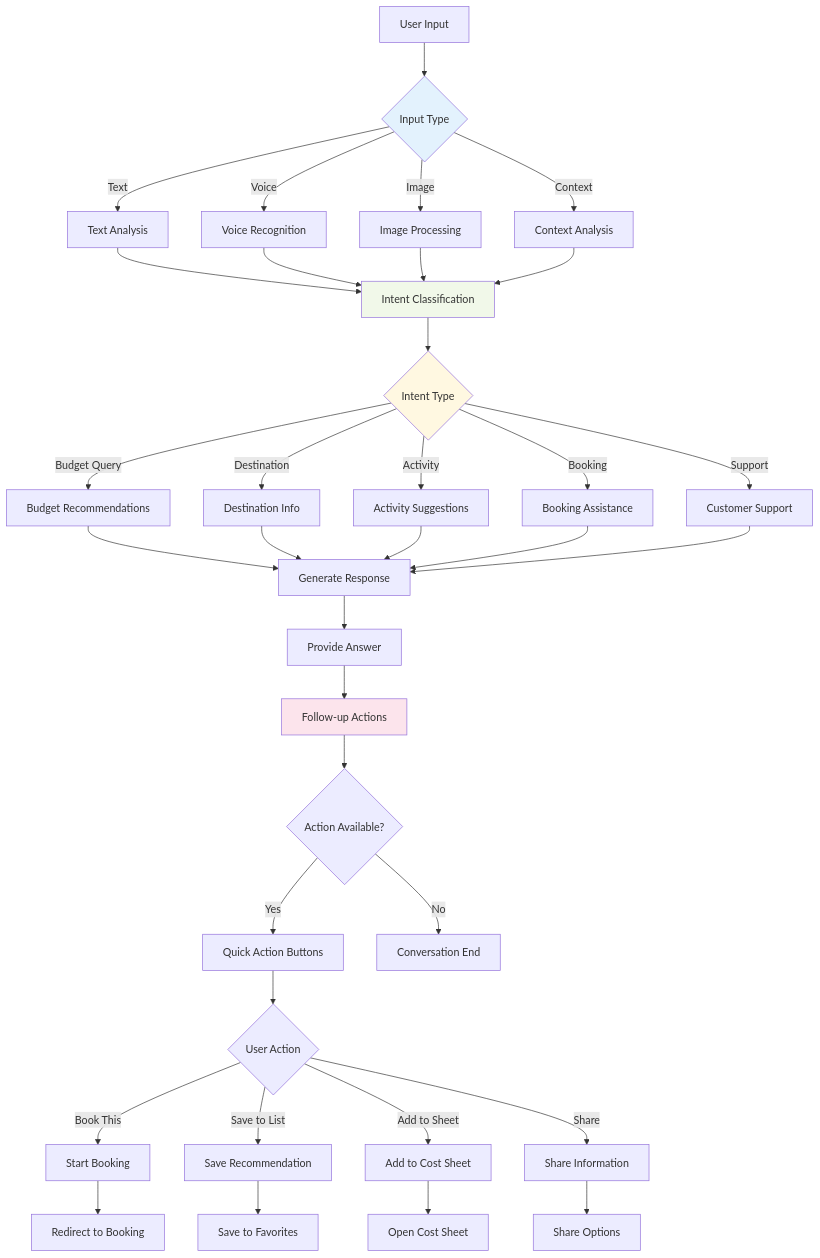
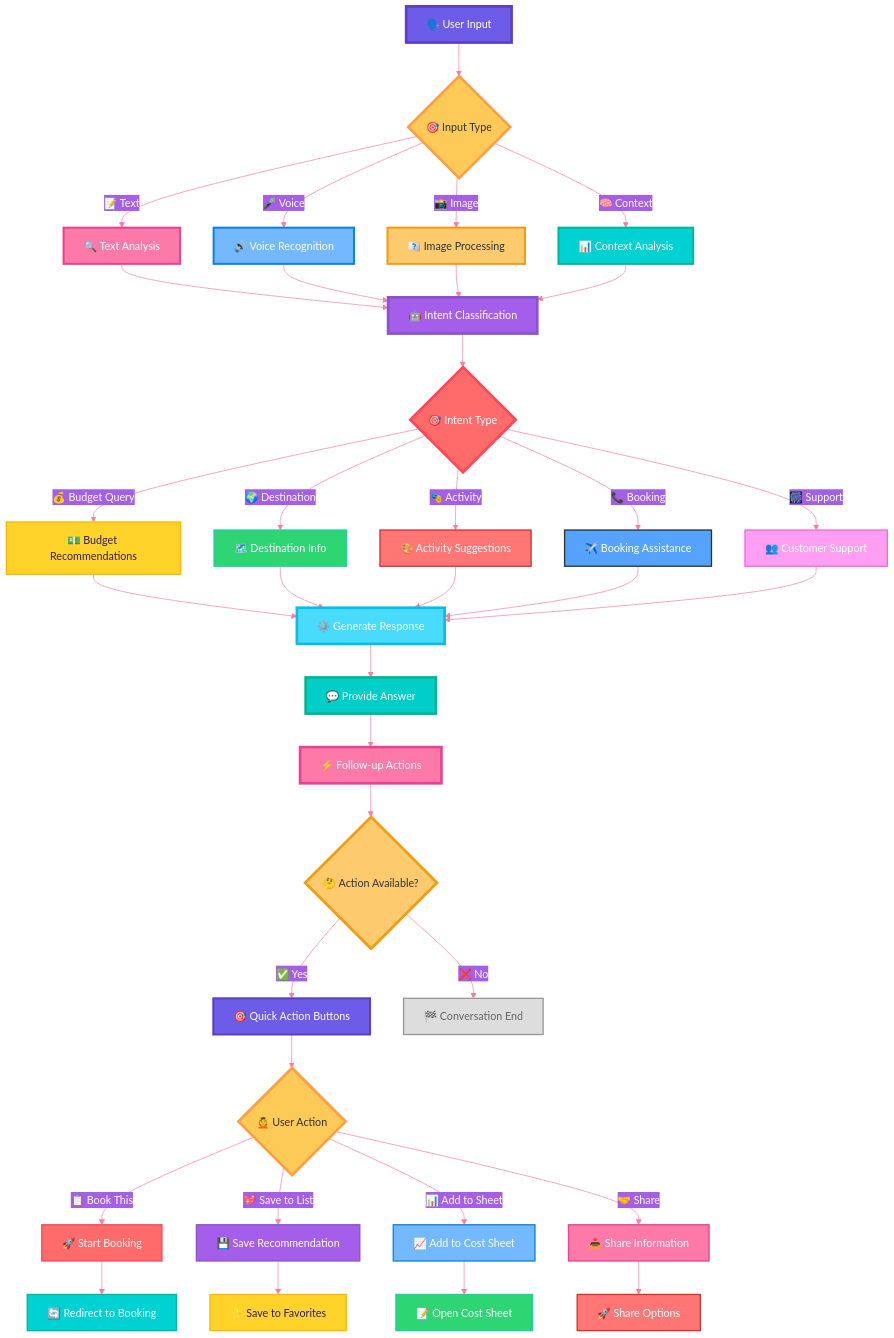
The sixth of 15 diagrams in budget-travel/MERMAID_UI_UX_FLOWS.md (shihabsararrafid/budget-travel), drawn with Mermaid before and after one commit. The commit also changed other lines of this file, not shown here.

Commit message:
Implement feature X to enhance user experience and fix bug Y in module Z

````diff
--- a/budget-travel/MERMAID_UI_UX_FLOWS.md
+++ b/budget-travel/MERMAID_UI_UX_FLOWS.md
@@ -212,51 +329,84 @@
 ```mermaid
+%%{init: {'theme':'base', 'themeVariables': { 'primaryColor': '#74b9ff', 'primaryTextColor': '#fff', 'primaryBorderColor': '#0984e3', 'lineColor': '#fd79a8', 'secondaryColor': '#a55eea', 'tertiaryColor': '#feca57'}}}%%
 flowchart TD
-    A[User Input] --> B{Input Type}
+    A["🗣️ User Input"] --> B{"🎯 Input Type"}
     
-    B -->|Text| C[Text Analysis]
-    B -->|Voice| D[Voice Recognition]
-    B -->|Image| E[Image Processing]
-    B -->|Context| F[Context Analysis]
+    B -->|"📝 Text"| C["🔍 Text Analysis"]
+    B -->|"🎤 Voice"| D["🔊 Voice Recognition"]
+    B -->|"📸 Image"| E["🇮🇻 Image Processing"]
+    B -->|"🧠 Context"| F["📊 Context Analysis"]
     
-    C --> G[Intent Classification]
+    C --> G["🤖 Intent Classification"]
     D --> G
     E --> G
     F --> G
     
-    G --> H{Intent Type}
+    G --> H{"🎯 Intent Type"}
     
-    H -->|Budget Query| I[Budget Recommendations]
-    H -->|Destination| J[Destination Info]
-    H -->|Activity| K[Activity Suggestions]
-    H -->|Booking| L[Booking Assistance]
-    H -->|Support| M[Customer Support]
+    H -->|"💰 Budget Query"| I["💵 Budget Recommendations"]
+    H -->|"🌍 Destination"| J["🗺️ Destination Info"]
+    H -->|"🎭 Activity"| K["🎨 Activity Suggestions"]
+    H -->|"📞 Booking"| L["✈️ Booking Assistance"]
+    H -->|"🎆 Support"| M["👥 Customer Support"]
     
-    I --> N[Generate Response]
+    I --> N["⚙️ Generate Response"]
     J --> N
     K --> N
     L --> N
     M --> N
     
-    N --> O[Provide Answer]
-    O --> P[Follow-up Actions]
+    N --> O["💬 Provide Answer"]
+    O --> P["⚡ Follow-up Actions"]
     
-    P --> Q{Action Available?}
-    Q -->|Yes| R[Quick Action Buttons]
-    Q -->|No| S[Conversation End]
+    P --> Q{"🤔 Action Available?"}
+    Q -->|"✅ Yes"| R["🎯 Quick Action Buttons"]
+    Q -->|"❌ No"| S["🏁 Conversation End"]
     
-    R --> T{User Action}
-    T -->|Book This| U[Start Booking]
-    T -->|Save to List| V[Save Recommendation]
-    T -->|Add to Sheet| W[Add to Cost Sheet]
-    T -->|Share| X[Share Information]
+    R --> T{"💆 User Action"}
+    T -->|"📋 Book This"| U["🚀 Start Booking"]
+    T -->|"💖 Save to List"| V["💾 Save Recommendation"]
+    T -->|"📊 Add to Sheet"| W["📈 Add to Cost Sheet"]
+    T -->|"🤝 Share"| X["📤 Share Information"]
     
-    U --> Y[Redirect to Booking]
-    V --> Z[Save to Favorites]
-    W --> AA[Open Cost Sheet]
-    X --> BB[Share Options]
+    U --> Y["🔄 Redirect to Booking"]
+    V --> Z["⭐ Save to Favorites"]
+    W --> AA["📝 Open Cost Sheet"]
+    X --> BB["🚀 Share Options"]
     
-    style B fill:#e3f2fd
-    style G fill:#f1f8e9
-    style H fill:#fff8e1
-    style P fill:#fce4ec
+    style A fill:#6c5ce7,stroke:#5f3dc4,stroke-width:4px,color:#fff
+    style B fill:#feca57,stroke:#ff9f43,stroke-width:4px,color:#2d3436
+    
+    style C fill:#fd79a8,stroke:#e84393,stroke-width:3px,color:#fff
+    style D fill:#74b9ff,stroke:#0984e3,stroke-width:3px,color:#fff
+    style E fill:#fdcb6e,stroke:#f39c12,stroke-width:3px,color:#2d3436
+    style F fill:#00d2d3,stroke:#00b894,stroke-width:3px,color:#fff
+    
+    style G fill:#a55eea,stroke:#8854d0,stroke-width:4px,color:#fff
+    style H fill:#ff6b6b,stroke:#ff4757,stroke-width:4px,color:#fff
+    
+    style I fill:#ffd32a,stroke:#ffb700,stroke-width:2px,color:#2f1b69
+    style J fill:#2ed573,stroke:#1dd1a1,stroke-width:2px,color:#fff
+    style K fill:#ff7675,stroke:#d63031,stroke-width:2px,color:#fff
+    style L fill:#55a3ff,stroke:#2d3436,stroke-width:2px,color:#fff
+    style M fill:#ff9ff3,stroke:#f368e0,stroke-width:2px,color:#fff
+    
+    style N fill:#48dbfb,stroke:#0abde3,stroke-width:4px,color:#fff
+    style O fill:#00cec9,stroke:#00b894,stroke-width:4px,color:#fff
+    style P fill:#fd79a8,stroke:#e84393,stroke-width:4px,color:#fff
+    
+    style Q fill:#fdcb6e,stroke:#f39c12,stroke-width:4px,color:#2d3436
+    style R fill:#6c5ce7,stroke:#5f3dc4,stroke-width:3px,color:#fff
+    style S fill:#ddd,stroke:#999,stroke-width:2px,color:#666
+    
+    style T fill:#feca57,stroke:#ff9f43,stroke-width:4px,color:#2d3436
+    
+    style U fill:#ff6b6b,stroke:#ff4757,stroke-width:2px,color:#fff
+    style V fill:#a55eea,stroke:#8854d0,stroke-width:2px,color:#fff
+    style W fill:#74b9ff,stroke:#0984e3,stroke-width:2px,color:#fff
+    style X fill:#fd79a8,stroke:#e84393,stroke-width:2px,color:#fff
+    
+    style Y fill:#00d2d3,stroke:#00b894,stroke-width:2px,color:#fff
+    style Z fill:#ffd32a,stroke:#ffb700,stroke-width:2px,color:#2f1b69
+    style AA fill:#2ed573,stroke:#1dd1a1,stroke-width:2px,color:#fff
+    style BB fill:#ff7675,stroke:#d63031,stroke-width:2px,color:#fff
 ```
````
